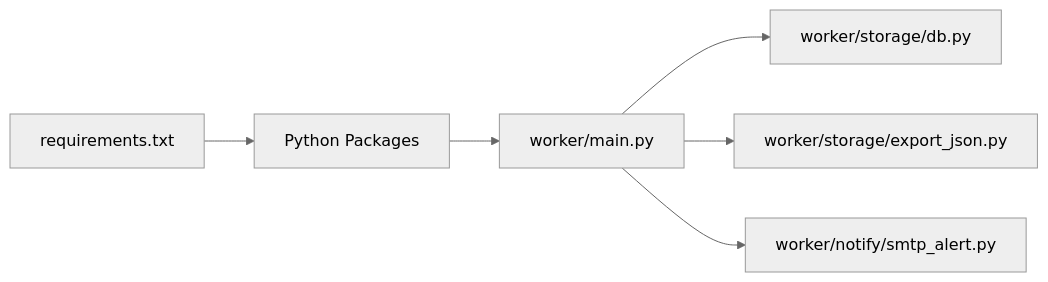
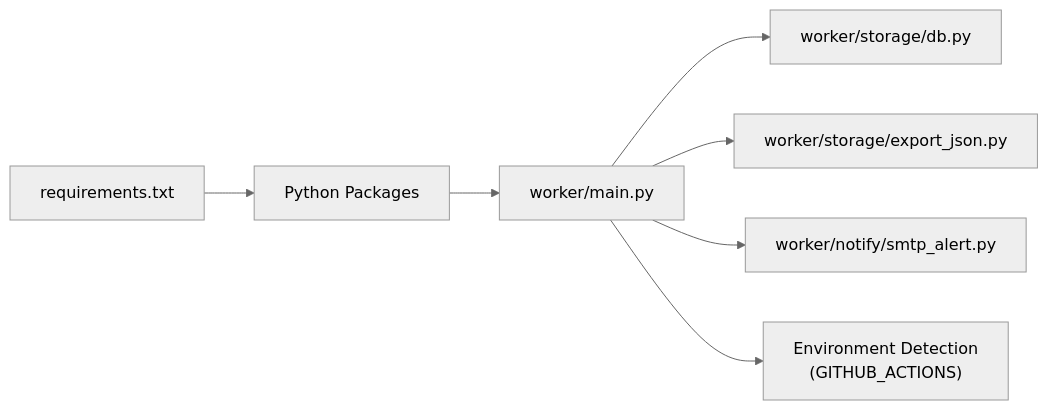
The ninth of 9 diagrams in .qoder/repowiki/en/content/Automation and Deployment/CI_CD Pipelines.md (shakthi-vinayak/news), drawn with Mermaid (neutral theme) before and after one commit. The commit also changed other lines of this file and 55 other files, not shown here.

````diff
--- a/.qoder/repowiki/en/content/Automation and Deployment/CI_CD Pipelines.md
+++ b/.qoder/repowiki/en/content/Automation and Deployment/CI_CD Pipelines.md
@@ -372,8 +426,9 @@
 ```mermaid
 graph LR
 R["requirements.txt"] --> P["Python Packages"]
 P --> M["worker/main.py"]
 M --> D["worker/storage/db.py"]
 M --> E["worker/storage/export_json.py"]
 M --> N["worker/notify/smtp_alert.py"]
+M --> ENV["Environment Detection<br/>(GITHUB_ACTIONS)"]
 ```
````
